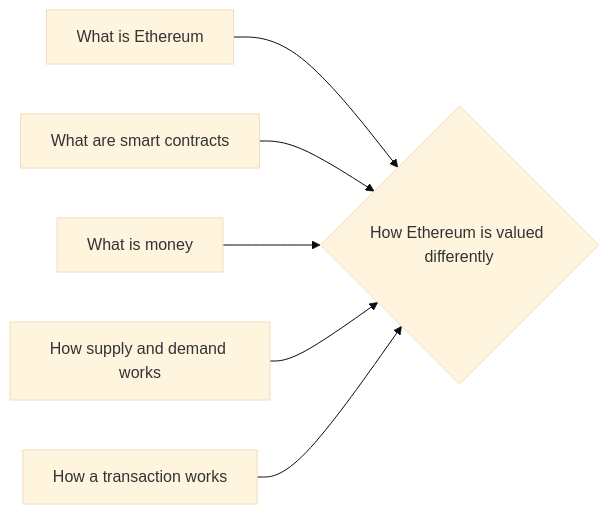
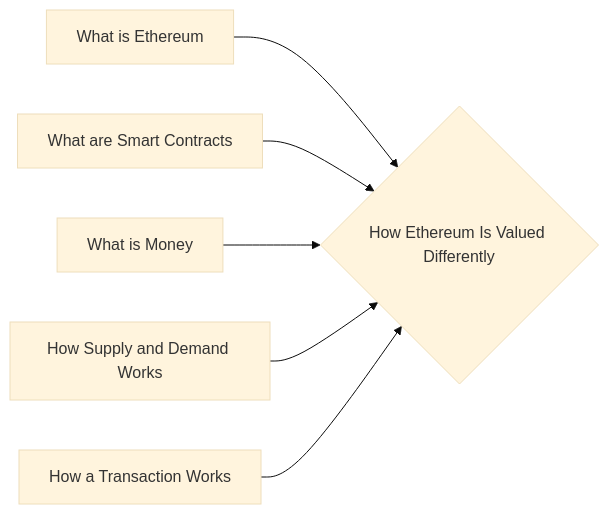
Before and after one commit to lpurdy01/crypto-knowledge-map: the diagram in notes/How_Ethereum_Is_Valued_Differently.md, drawn with Mermaid (base theme). The commit also changed 50 other files, not shown here.

````diff
--- a/notes/How_Ethereum_Is_Valued_Differently.md
+++ b/notes/How_Ethereum_Is_Valued_Differently.md
@@ -18,8 +18,8 @@
 ```mermaid
 graph LR
-1["What is Ethereum"]-->0{"How Ethereum is valued differently"}
-2["What are smart contracts"]-->0{"How Ethereum is valued differently"}
-3["What is money"]-->0{"How Ethereum is valued differently"}
-4["How supply and demand works"]-->0{"How Ethereum is valued differently"}
-5["How a transaction works"]-->0{"How Ethereum is valued differently"}
+1["What is Ethereum"]-->0{"How Ethereum Is Valued Differently"}
+2["What are Smart Contracts"]-->0{"How Ethereum Is Valued Differently"}
+3["What is Money"]-->0{"How Ethereum Is Valued Differently"}
+4["How Supply and Demand Works"]-->0{"How Ethereum Is Valued Differently"}
+5["How a Transaction Works"]-->0{"How Ethereum Is Valued Differently"}
 ```
````
